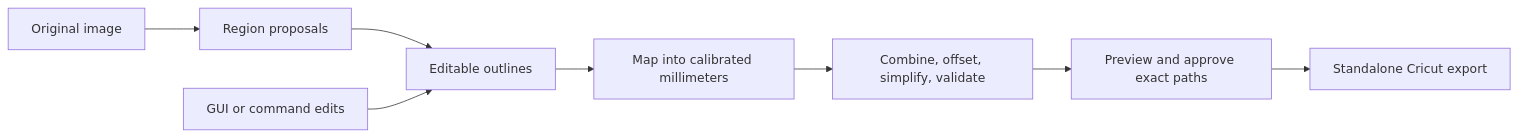
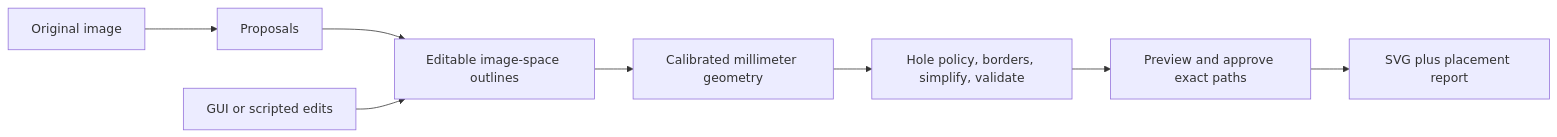
One commit to ktarrant/sticker-maker changed the diagram in docs/parser.md. Above: the diagram before and after it, drawn with Mermaid. The commit also changed other lines of this file and 19 other files, not shown here.

Commit message:
Implement sticker parsing, desktop review, and approved SVG export

````diff
--- a/docs/parser.md
+++ b/docs/parser.md
@@ -42,10 +34,10 @@
 ```mermaid
 flowchart LR
-    I[Original image] --> P[Region proposals]
-    P --> R[Editable outlines]
-    U[GUI or command edits] --> R
-    R --> M[Map into calibrated millimeters]
-    M --> C[Combine, offset, simplify, validate]
+    I[Original image] --> P[Proposals]
+    P --> R[Editable image-space outlines]
+    U[GUI or scripted edits] --> R
+    R --> M[Calibrated millimeter geometry]
+    M --> C[Hole policy, borders, simplify, validate]
     C --> A[Preview and approve exact paths]
-    A --> E[Standalone Cricut export]
+    A --> E[SVG plus placement report]
 ```
````
